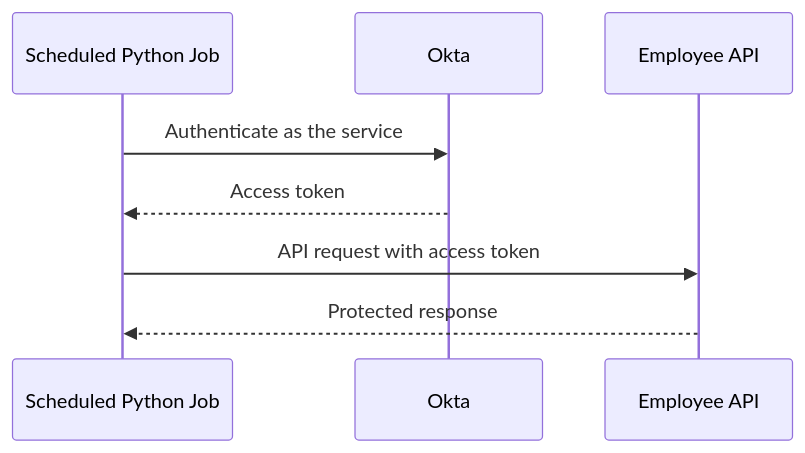
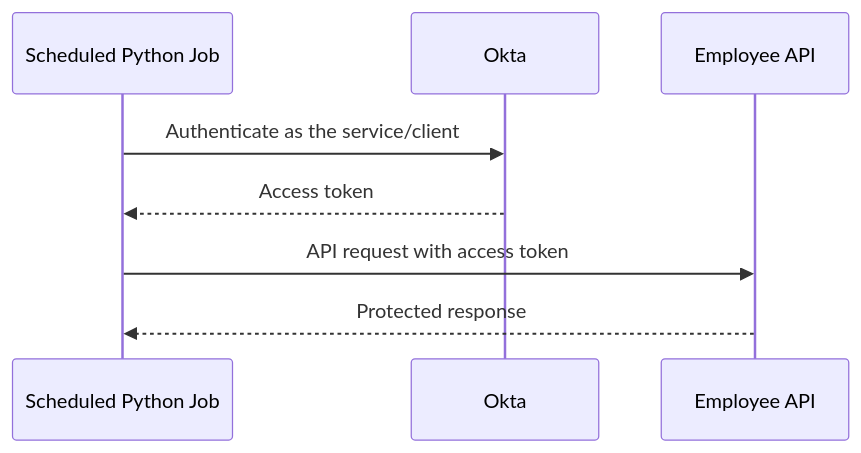
The second of 2 diagrams in lessons/day-01-core-logic-and-architecture.md (TedxHarry/OAuth-OIDC), drawn with Mermaid before and after one commit. The commit also changed other lines of this file, not shown here.

````diff
--- a/lessons/day-01-core-logic-and-architecture.md
+++ b/lessons/day-01-core-logic-and-architecture.md
@@ -391,11 +515,11 @@
 ```mermaid
 sequenceDiagram
     participant J as Scheduled Python Job
     participant O as Okta
     participant A as Employee API
 
-    J->>O: Authenticate as the service
+    J->>O: Authenticate as the service/client
     O-->>J: Access token
     J->>A: API request with access token
     A-->>J: Protected response
 ```
````
